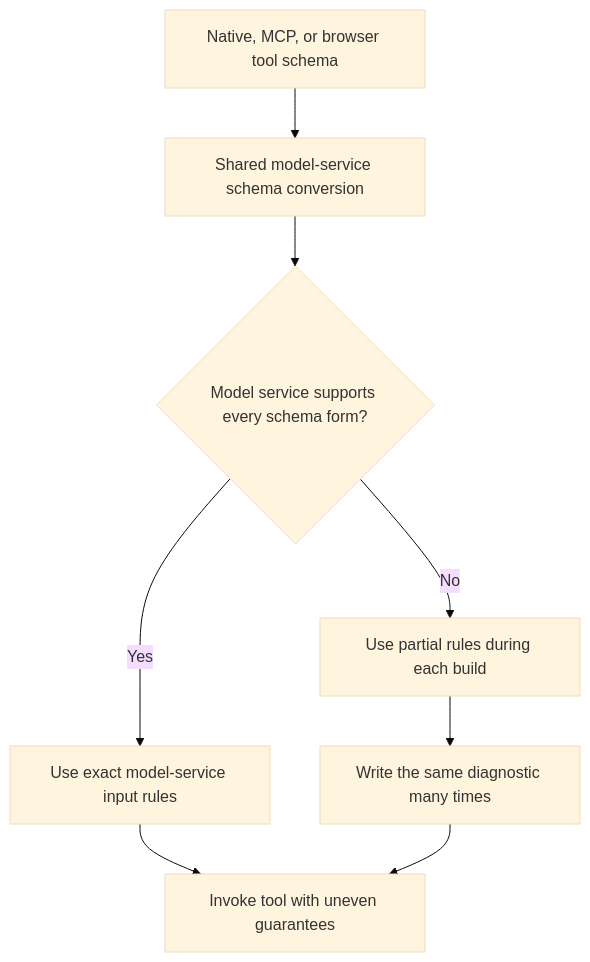
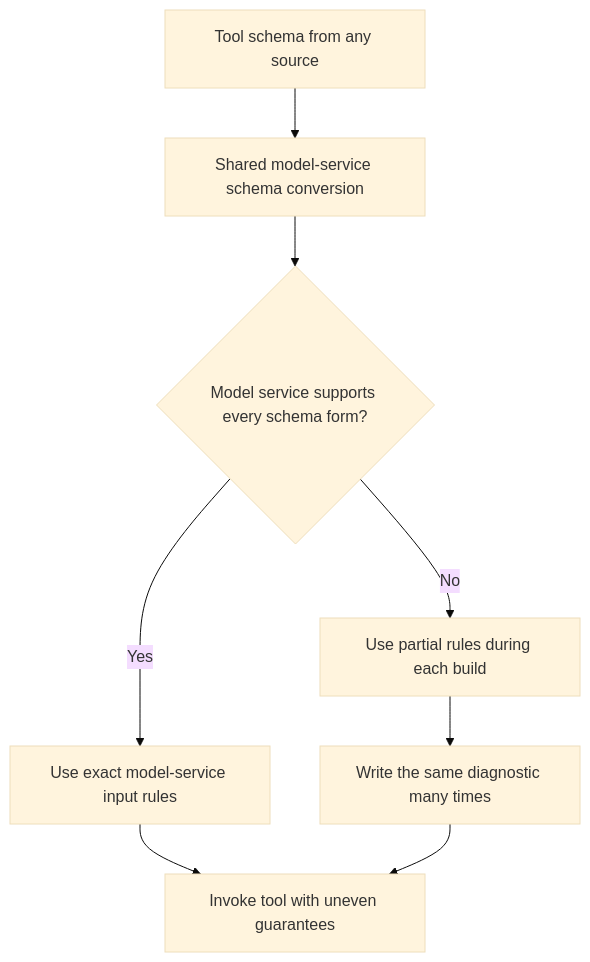
Diagram 23 of 29 in docs/superpowers/plans/2026-08-08-noema-practical-reliability-roadmap.md (kpsuperplane/Noema), drawn with Mermaid (base theme) before and after one commit. The commit also changed other lines of this file, not shown here.

Commit message:
docs: make reliability roadmap tool-neutral

````diff
--- a/docs/superpowers/plans/2026-08-08-noema-practical-reliability-roadmap.md
+++ b/docs/superpowers/plans/2026-08-08-noema-practical-reliability-roadmap.md
@@ -1164,14 +1165,14 @@
 ```mermaid
 flowchart TD
-    A["Native, MCP, or browser tool schema"]
+    A["Tool schema from any source"]
     B["Shared model-service schema conversion"]
     C{"Model service supports every schema form?"}
     D["Use exact model-service input rules"]
     E["Use partial rules during each build"]
     F["Write the same diagnostic many times"]
     G["Invoke tool with uneven guarantees"]
 
     A --> B --> C
     C -->|Yes| D --> G
     C -->|No| E --> F --> G
 ```
````
